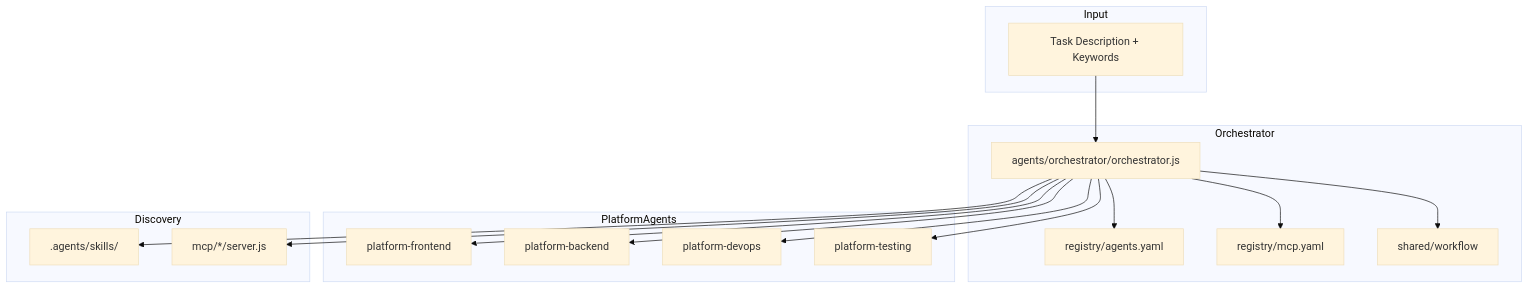
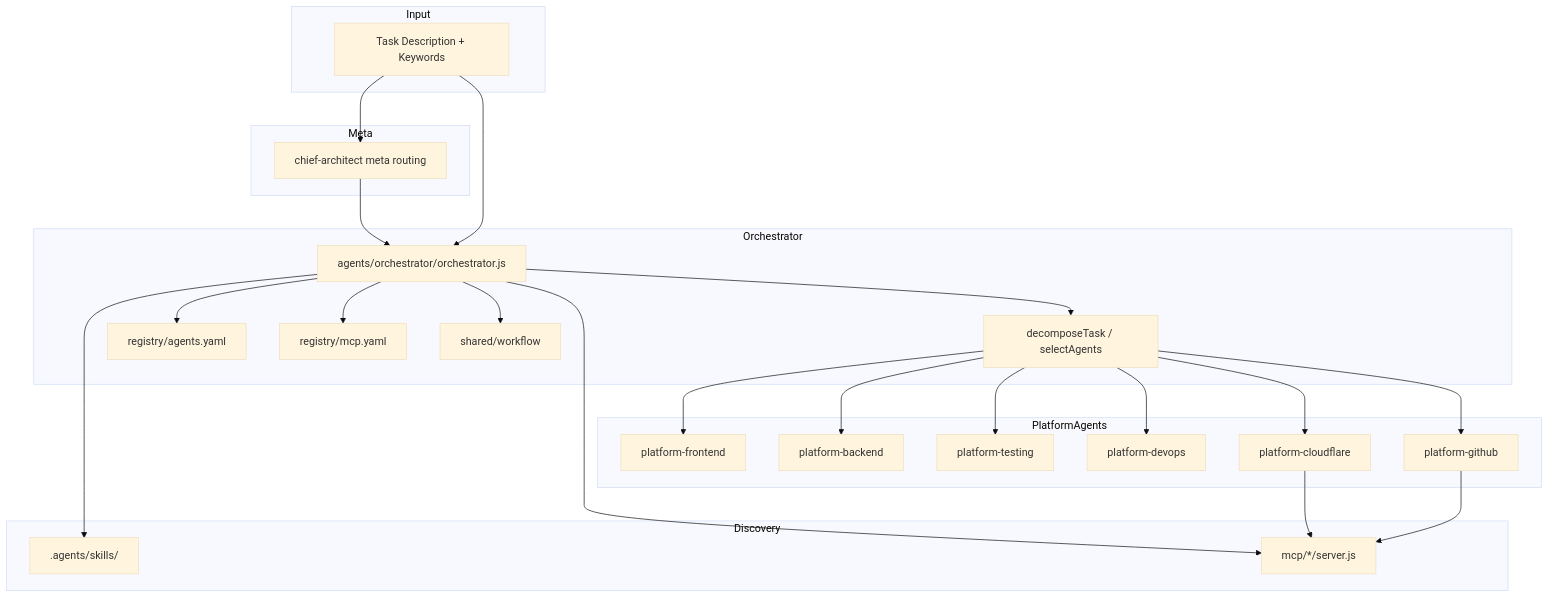
Before and after one commit to SaenaAsColeAllStar/AI: the first of 2 diagrams in platform/ARCHITECTURE.md, drawn with Mermaid (base theme). The commit also changed other lines of this file and 48 other files, not shown here.

Commit message:
feat(agents): split platform into specialized multi-agent architecture

````diff
--- a/platform/ARCHITECTURE.md
+++ b/platform/ARCHITECTURE.md
@@ -5,36 +5,50 @@
 ```mermaid
 flowchart TB
   subgraph Input
     T[Task Description + Keywords]
   end
 
+  subgraph Meta
+    CA[chief-architect meta routing]
+  end
+
   subgraph Orchestrator
     O[agents/orchestrator/orchestrator.js]
+    D[decomposeTask / selectAgents]
     R[registry/agents.yaml]
     M[registry/mcp.yaml]
     W[shared/workflow]
   end
 
   subgraph PlatformAgents
     F[platform-frontend]
     B[platform-backend]
-    D[platform-devops]
     Q[platform-testing]
+    DV[platform-devops]
+    CF[platform-cloudflare]
+    GH[platform-github]
   end
 
   subgraph Discovery
     S[.agents/skills/]
     MCP[mcp/*/server.js]
   end
 
+  T --> CA
+  CA --> O
   T --> O
+  O --> D
   O --> R
   O --> M
   O --> W
-  O --> F
-  O --> B
-  O --> D
-  O --> Q
+  D --> F
+  D --> B
+  D --> Q
+  D --> DV
+  D --> CF
+  D --> GH
   O --> S
   O --> MCP
+  CF --> MCP
+  GH --> MCP
 ```
````
